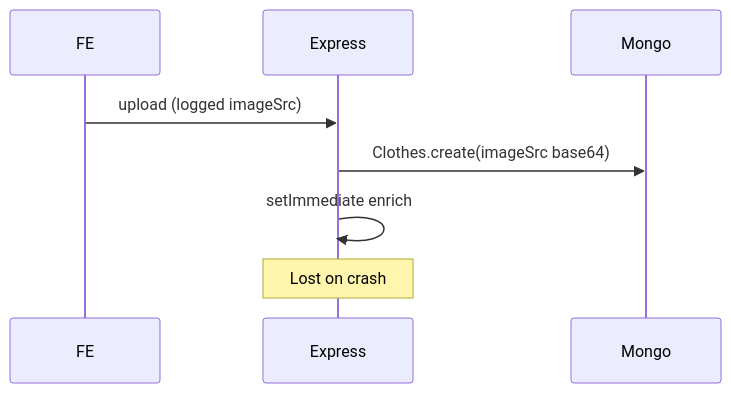
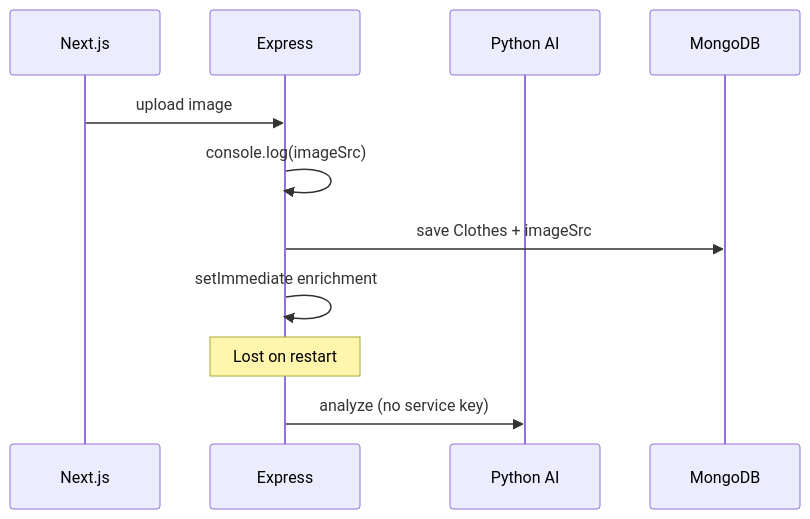
Before and after one commit to manveer-sohal/AlmaariOrganized: the first of 4 diagrams in docs/architecture/ALMAARI_P0_P1_IMPLEMENTATION.md, drawn with Mermaid. The commit also changed other lines of this file and 1 other file, not shown here.

````diff
--- a/docs/architecture/ALMAARI_P0_P1_IMPLEMENTATION.md
+++ b/docs/architecture/ALMAARI_P0_P1_IMPLEMENTATION.md
@@ -330,7 +395,13 @@
 ```mermaid
 sequenceDiagram
-  FE->>Express: upload (logged imageSrc)
-  Express->>Mongo: Clothes.create(imageSrc base64)
-  Express->>Express: setImmediate enrich
-  Note over Express: Lost on crash
+  participant FE as Next.js
+  participant API as Express
+  participant PY as Python AI
+  participant DB as MongoDB
+  FE->>API: upload image
+  API->>API: console.log(imageSrc)
+  API->>DB: save Clothes + imageSrc
+  API->>API: setImmediate enrichment
+  Note over API: Lost on restart
+  API->>PY: analyze (no service key)
 ```
````
